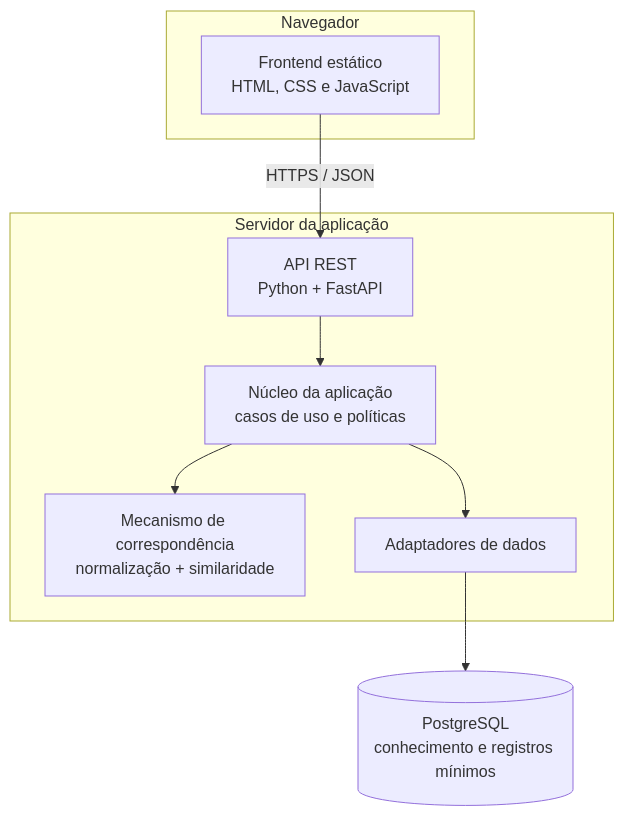
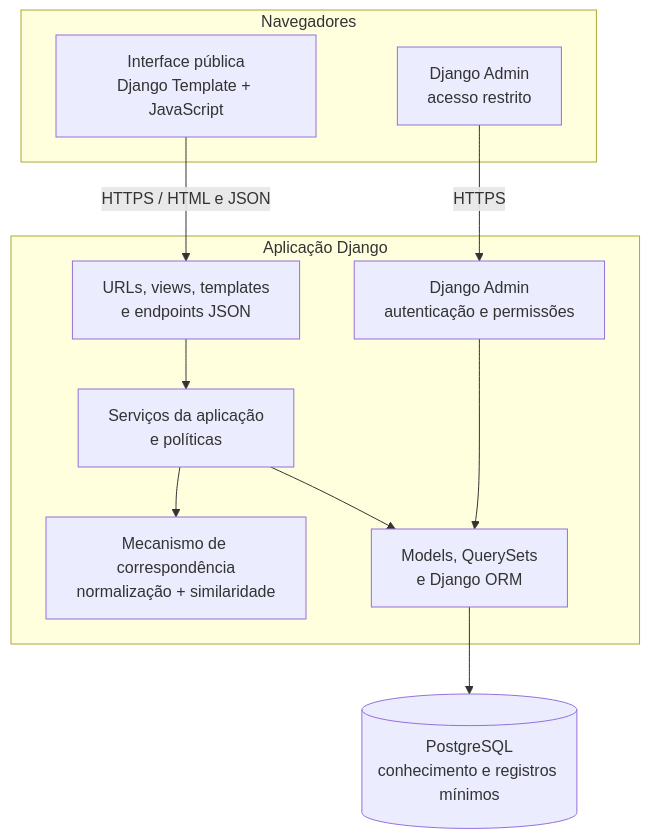
The second of 8 diagrams in docs/ARQUITETURA.md (walkermooore/chatbot-aginov), drawn with Mermaid before and after one commit. The commit also changed other lines of this file and 5 other files, not shown here.

````diff
--- a/docs/ARQUITETURA.md
+++ b/docs/ARQUITETURA.md
@@ -60,21 +60,25 @@
 ```mermaid
 flowchart TB
-    subgraph Browser[Navegador]
-        UI[Frontend estático<br/>HTML, CSS e JavaScript]
+    subgraph Browsers[Navegadores]
+        UI[Interface pública<br/>Django Template + JavaScript]
+        ADMIN_UI[Django Admin<br/>acesso restrito]
     end
 
-    subgraph Server[Servidor da aplicação]
-        API[API REST<br/>Python + FastAPI]
-        CORE[Núcleo da aplicação<br/>casos de uso e políticas]
+    subgraph Server[Aplicação Django]
+        WEB[URLs, views, templates<br/>e endpoints JSON]
+        ADMIN[Django Admin<br/>autenticação e permissões]
+        CORE[Serviços da aplicação<br/>e políticas]
         NLP[Mecanismo de correspondência<br/>normalização + similaridade]
-        REPO[Adaptadores de dados]
+        ORM[Models, QuerySets<br/>e Django ORM]
     end
 
     DB[(PostgreSQL<br/>conhecimento e registros mínimos)]
 
-    UI -->|HTTPS / JSON| API
-    API --> CORE
+    UI -->|HTTPS / HTML e JSON| WEB
+    ADMIN_UI -->|HTTPS| ADMIN
+    WEB --> CORE
+    ADMIN --> ORM
     CORE --> NLP
-    CORE --> REPO
-    REPO --> DB
+    CORE --> ORM
+    ORM --> DB
 ```
````
